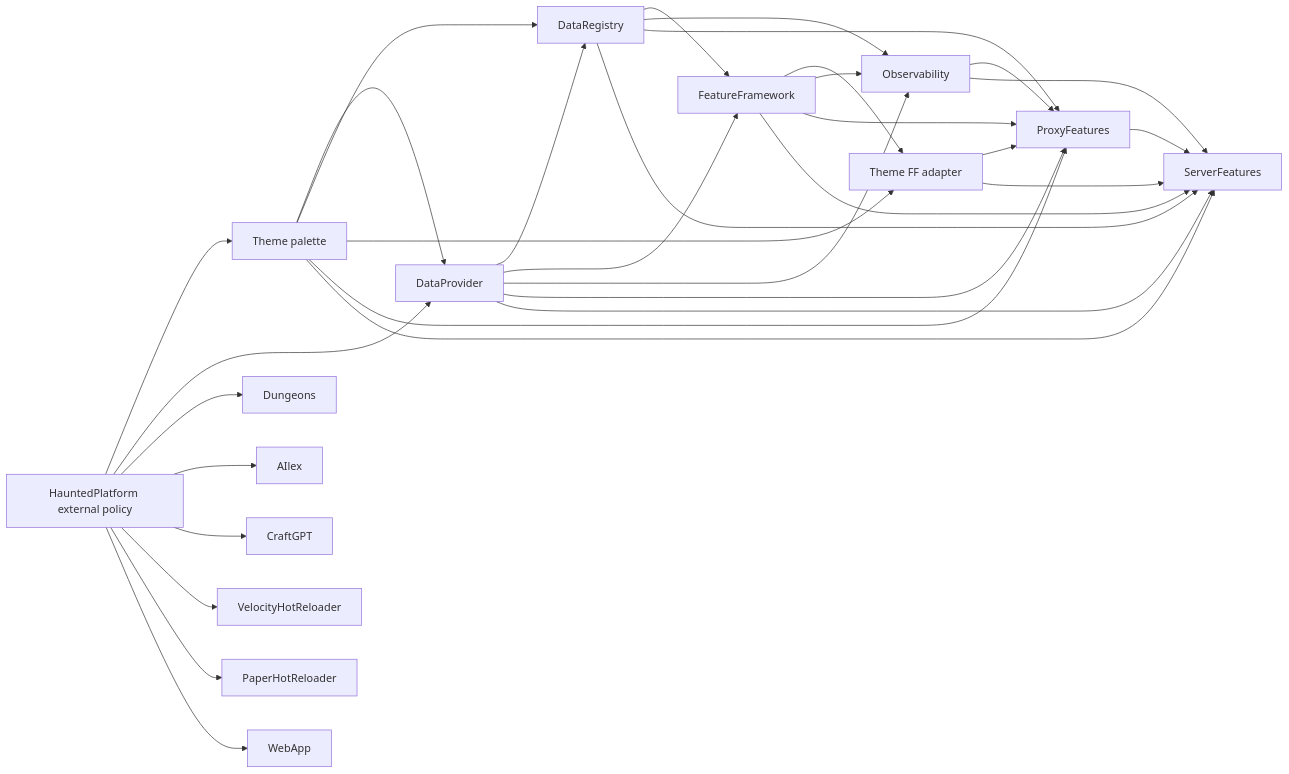
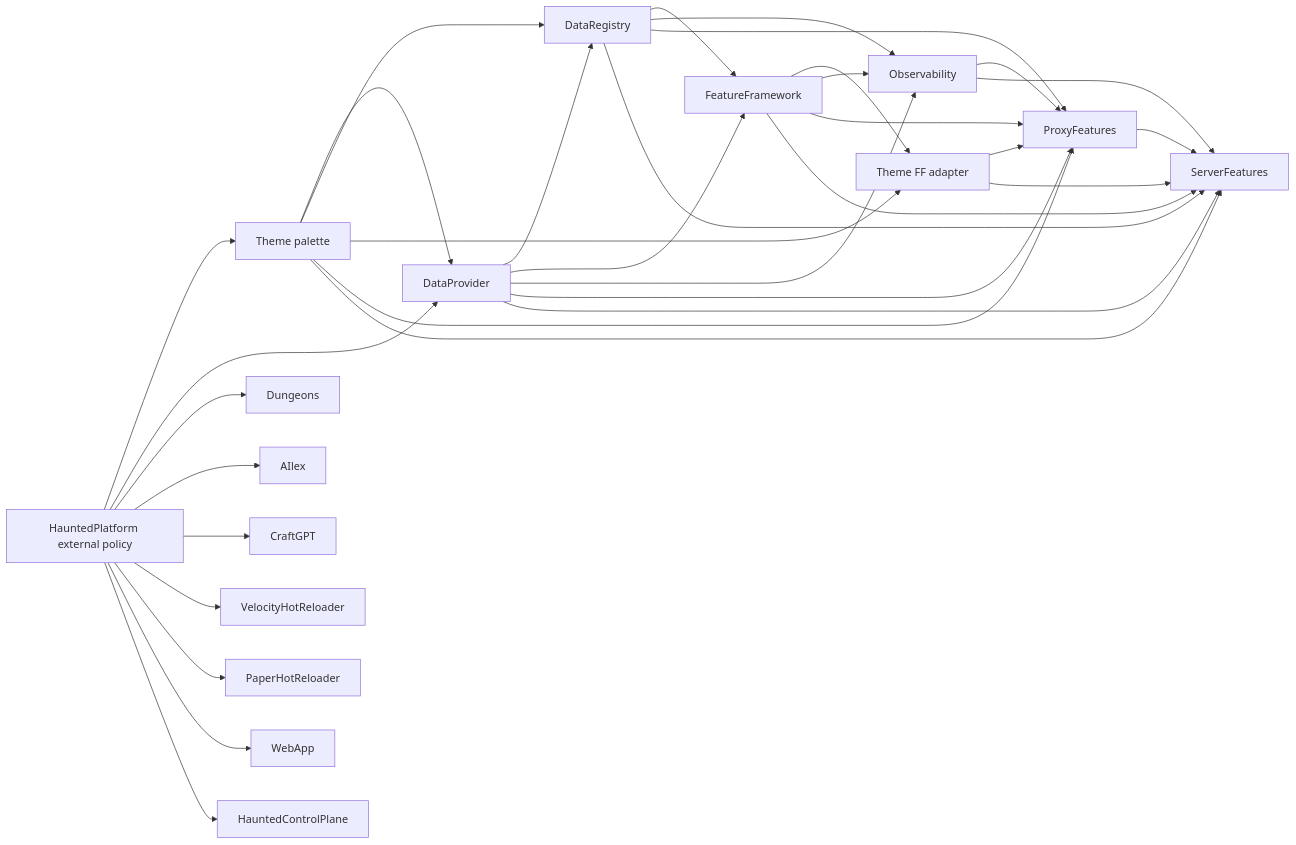
One commit to HauntedMC/HauntedPlatform changed the diagram in docs/releasing.md. Above: the diagram before and after it, drawn with Mermaid. The commit also changed other lines of this file and 3 other files, not shown here.

First line of the commit message:
feat: register HauntedControlPlane consumer (#35)

````diff
--- a/docs/releasing.md
+++ b/docs/releasing.md
@@ -18,34 +18,35 @@
 ```mermaid
 flowchart LR
   Platform[HauntedPlatform external policy] --> Palette[Theme palette]
   Platform --> DP[DataProvider]
   Palette --> DP
   Palette --> DR[DataRegistry]
   DP --> DR
   DP --> FF[FeatureFramework]
   DR --> FF
   FF --> Adapter[Theme FF adapter]
   Palette --> Adapter
   DP --> Obs[Observability]
   DR --> Obs
   FF --> Obs
   DP --> Proxy[ProxyFeatures]
   DR --> Proxy
   FF --> Proxy
   Palette --> Proxy
   Adapter --> Proxy
   Obs --> Proxy
   Proxy --> Server[ServerFeatures]
   DP --> Server
   DR --> Server
   FF --> Server
   Palette --> Server
   Adapter --> Server
   Obs --> Server
   Platform --> Dungeons[Dungeons]
   Platform --> AIlex[AIlex]
   Platform --> CraftGPT[CraftGPT]
   Platform --> VHR[VelocityHotReloader]
   Platform --> PHR[PaperHotReloader]
   Platform --> WebApp[WebApp]
+  Platform --> ControlPlane[HauntedControlPlane]
 ```
````
